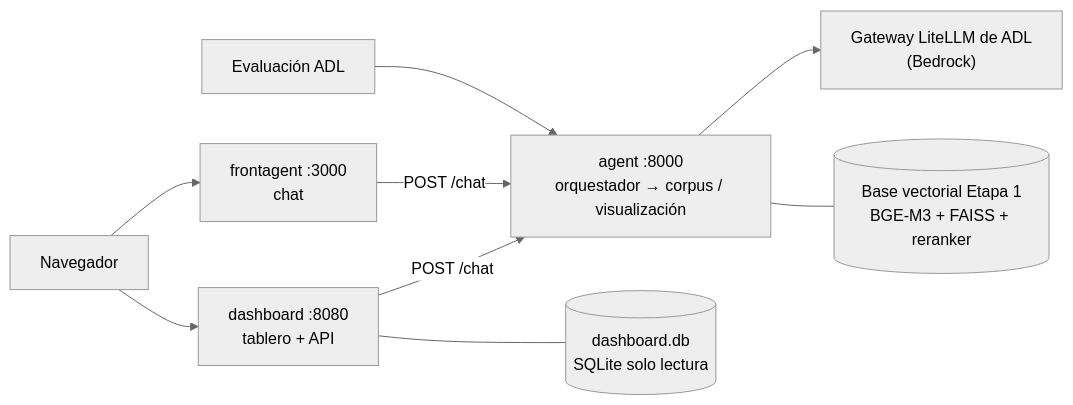
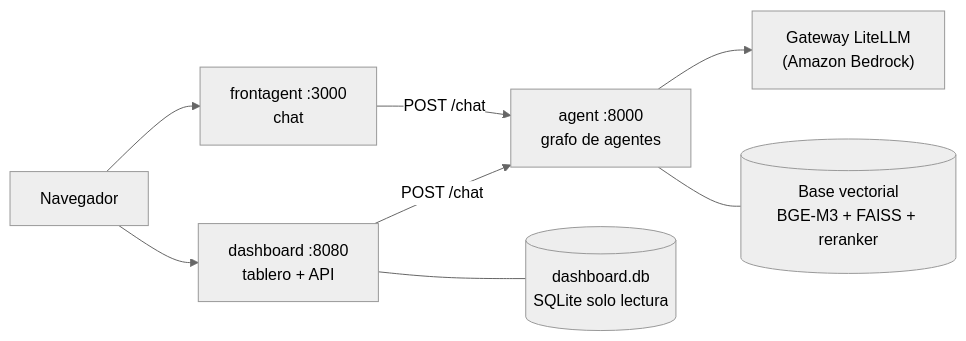
One commit to JuanMCanchala/codefest-adastra changed the diagram in README.md. Above: the diagram before and after it, drawn with Mermaid (neutral theme). The commit also changed other lines of this file and 2 other files, not shown here.

````diff
--- a/README.md
+++ b/README.md
@@ -80,11 +55,10 @@
 ```mermaid
 flowchart LR
     U[Navegador] --> FA["frontagent :3000<br/>chat"]
     U --> DB["dashboard :8080<br/>tablero + API"]
-    ADL[Evaluación ADL] --> AG
-    FA -->|POST /chat| AG["agent :8000<br/>orquestador → corpus / visualización"]
+    FA -->|POST /chat| AG["agent :8000<br/>grafo de agentes"]
     DB -->|POST /chat| AG
-    AG --> GW["Gateway LiteLLM de ADL<br/>(Bedrock)"]
-    AG --- BV[("Base vectorial Etapa 1<br/>BGE-M3 + FAISS + reranker")]
+    AG --> GW["Gateway LiteLLM<br/>(Amazon Bedrock)"]
+    AG --- BV[("Base vectorial<br/>BGE-M3 + FAISS + reranker")]
     DB --- SQL[("dashboard.db<br/>SQLite solo lectura")]
 ```
````
